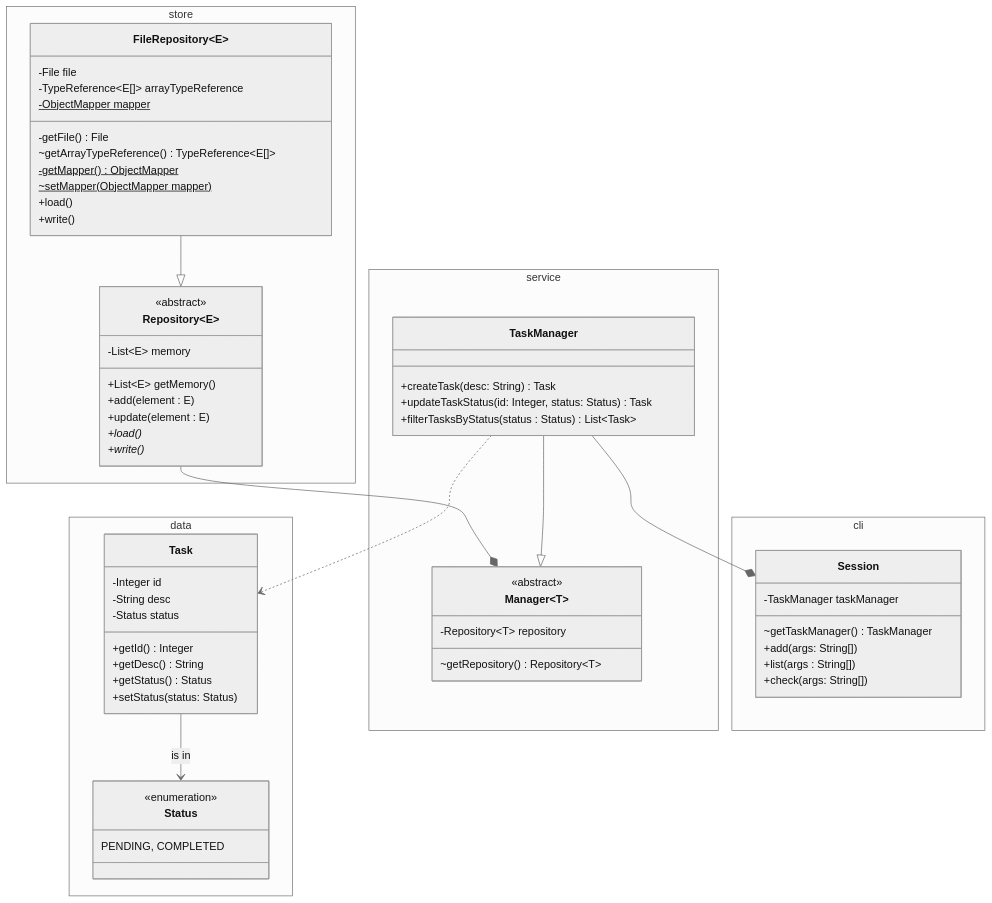
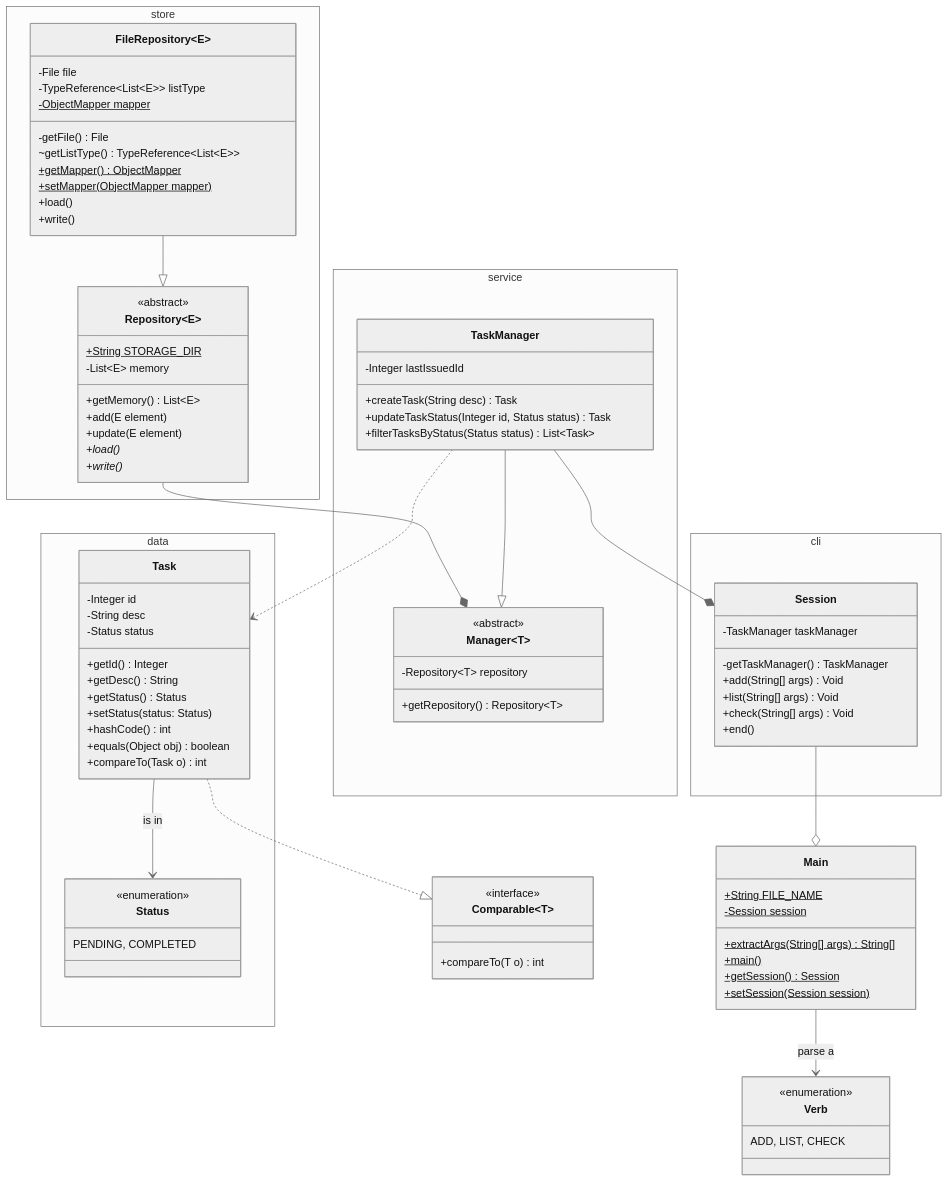
One commit to black-dial/white-noise changed the diagram in README.md. Above: the diagram before and after it, drawn with Mermaid (neutral theme).

````diff
--- a/README.md
+++ b/README.md
@@ -3,5 +3,9 @@
 ```mermaid
 classDiagram
+    class Comparable~T~ {
+        <<interface>>
+        +compareTo(T o) int
+    }
     namespace data {
         class Task {
             -Integer id
@@ -11,6 +15,9 @@
             +getDesc() String
             +getStatus() Status
             +setStatus(status: Status)
+            +hashCode() int
+            +equals(Object obj) boolean
+            +compareTo(Task o) int
         }
         class Status {
             <<enumeration>>
@@ -20,21 +27,22 @@
     namespace store {
         class Repository~E~ {
             <<abstract>>
+            +String STORAGE_DIR$
             -List~E~ memory
-            +List~E~ getMemory()
-            +add(element : E)
-            +update(element : E)
+            +getMemory() List~E~ 
+            +add(E element)
+            +update(E element)
             +load()*
             +write()*
         }
         class FileRepository~E~ {
             -File file
-            -TypeReference~E[]~ arrayTypeReference
+            -TypeReference~List~E~~ listType
             -ObjectMapper mapper$
             -getFile() File
-            ~getArrayTypeReference() TypeReference~E[]~
-            -getMapper()$ ObjectMapper
-            ~setMapper(ObjectMapper mapper)$
+            ~getListType() TypeReference~List~E~~
+            +getMapper()$ ObjectMapper
+            +setMapper(ObjectMapper mapper)$
             +load()
             +write()
         }
@@ -43,27 +51,44 @@
         class Manager~T~ {
             <<abstract>>
             -Repository~T~ repository
-            ~getRepository() Repository~T~
+            +getRepository() Repository~T~
         }
         class TaskManager {
-            +createTask(desc: String) Task
-            +updateTaskStatus(id: Integer, status: Status) Task
-            +filterTasksByStatus(status : Status) List~Task~
+            -Integer lastIssuedId
+            +createTask(String desc) Task
+            +updateTaskStatus(Integer id, Status status) Task
+            +filterTasksByStatus(Status status) List~Task~
         }
     }
     namespace cli {
         class Session {
             -TaskManager taskManager
-            ~getTaskManager() TaskManager
-            +add(args: String[])
-            +list(args : String[])
-            +check(args: String[])
+            -getTaskManager() TaskManager
+            +add(String[] args) Void
+            +list(String[] args) Void
+            +check(String[] args) Void
+            +end()
         }
     }
+    class Main {
+        +String FILE_NAME$
+        -Session session$
+        +extractArgs(String[] args)$ String[]
+        +main()$
+        +getSession()$ Session
+        +setSession(Session session)$
+    }
+    class Verb {
+        <<enumeration>>
+        ADD, LIST, CHECK
+    }
     Task --> Status : is in
+    Task ..|> Comparable
     FileRepository --|> Repository
     Repository --* Manager
     TaskManager --|> Manager
     TaskManager ..> Task
     TaskManager --* Session
+    Main --> Verb : parse a
+    Session --o Main
 ```
````
